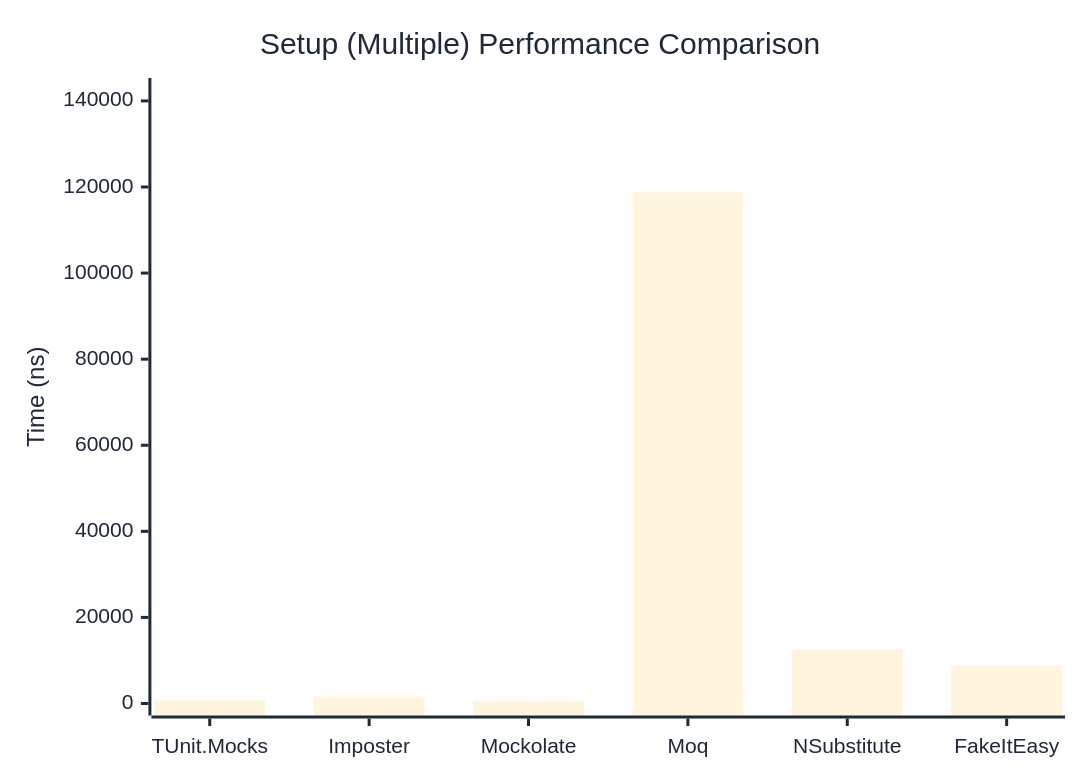
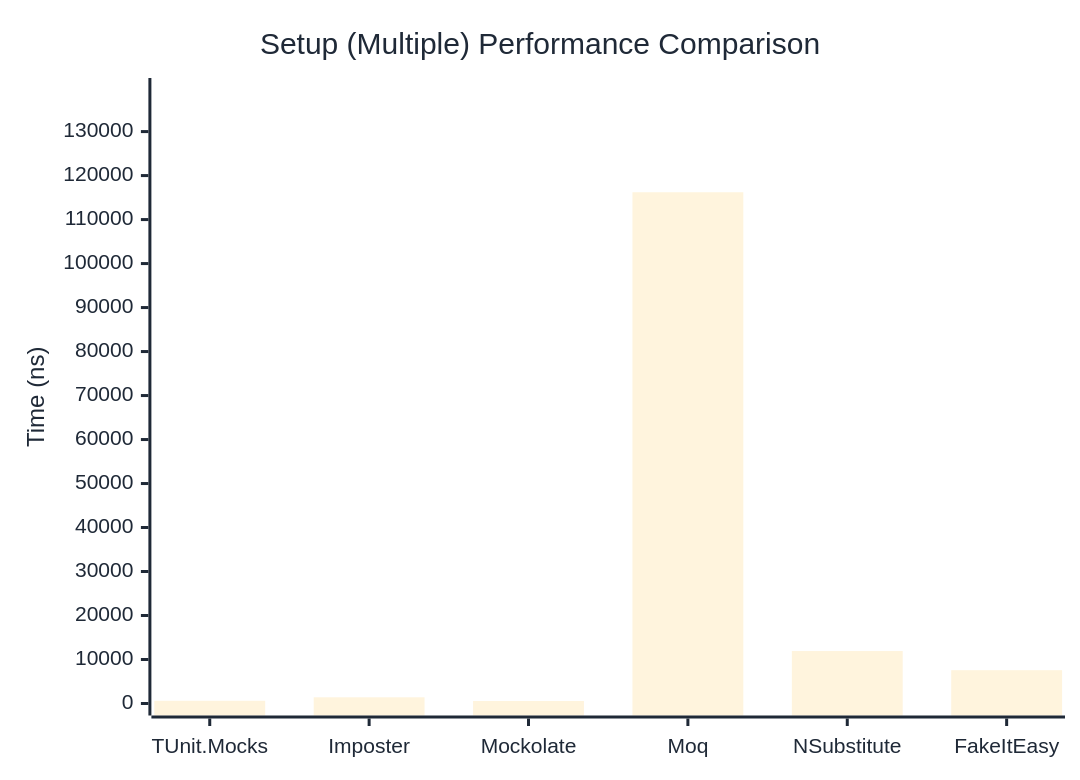
The second of 2 diagrams in docs/docs/benchmarks/mocks/Setup.md (thomhurst/TUnit), drawn with Mermaid before and after one commit. The commit also changed other lines of this file and 14 other files, not shown here.

````diff
--- a/docs/docs/benchmarks/mocks/Setup.md
+++ b/docs/docs/benchmarks/mocks/Setup.md
@@ -69,27 +69,27 @@
 ```mermaid
 %%{init: {
   'theme':'base',
   'themeVariables': {
     'primaryColor': '#2563eb',
     'primaryTextColor': '#1f2937',
     'primaryBorderColor': '#1e40af',
     'lineColor': '#6b7280',
     'secondaryColor': '#7c3aed',
     'tertiaryColor': '#dc2626',
     'background': '#ffffff',
     'pie1': '#2563eb',
     'pie2': '#7c3aed',
     'pie3': '#dc2626',
     'pie4': '#f59e0b',
     'pie5': '#10b981',
     'pie6': '#06b6d4',
     'pie7': '#ec4899',
     'pie8': '#6366f1'
   }
 }}%%
 xychart-beta
   title "Setup (Multiple) Performance Comparison"
   x-axis ["TUnit.Mocks", "Imposter", "Mockolate", "Moq", "NSubstitute", "FakeItEasy"]
-  y-axis "Time (ns)" 0 --> 142535
-  bar [693.2, 1625.1, 639.6, 118778.9, 12510, 8753.8]
+  y-axis "Time (ns)" 0 --> 139452
+  bar [613.3, 1408.6, 567.4, 116209.3, 11925.2, 7573.8]
 ```
````
